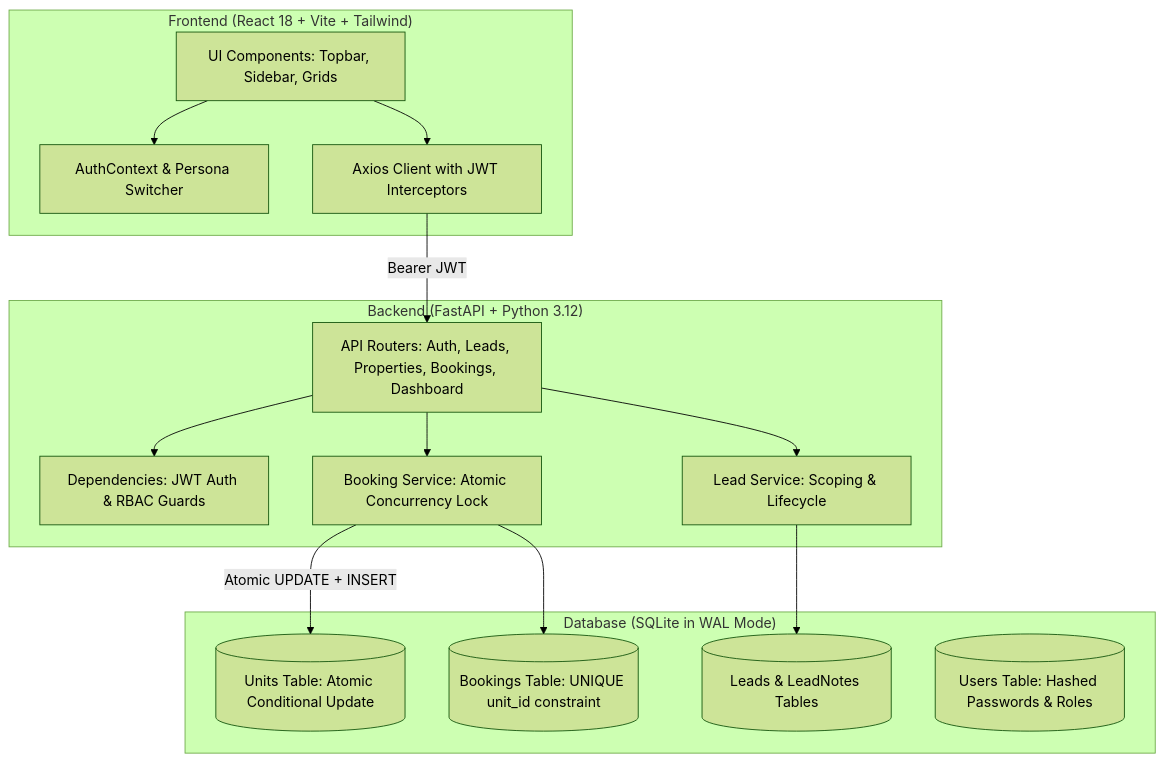
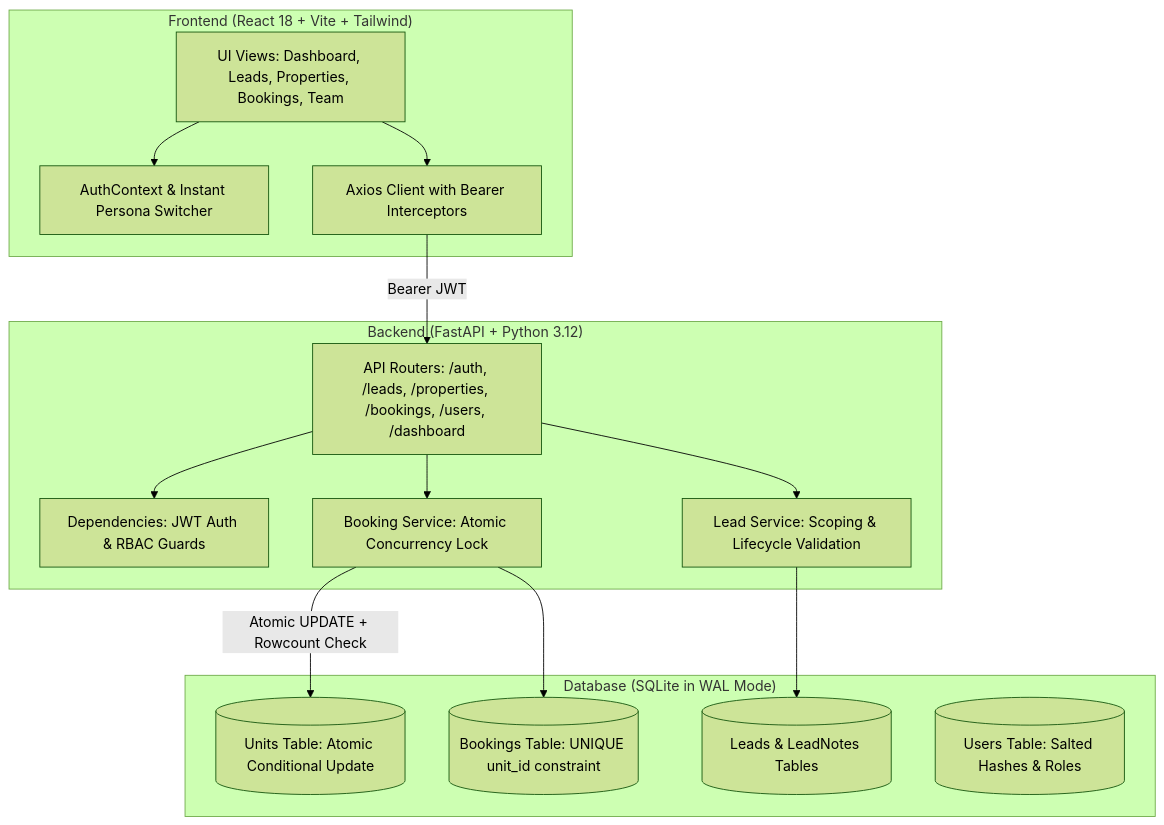
Before and after one commit to Yogesh-kk49/Real_estate_CRM: the first of 2 diagrams in README.md, drawn with Mermaid (forest theme). The commit also changed other lines of this file, not shown here.

Commit message:
docs: comprehensive README depicting features, architecture, setup, and credentials

````diff
--- a/README.md
+++ b/README.md
@@ -58,32 +80,32 @@
 ```mermaid
 flowchart TD
     subgraph Client ["Frontend (React 18 + Vite + Tailwind)"]
-        UI[UI Components: Topbar, Sidebar, Grids]
-        AuthCtx[AuthContext & Persona Switcher]
-        APIClient[Axios Client with JWT Interceptors]
+        UI[UI Views: Dashboard, Leads, Properties, Bookings, Team]
+        AuthCtx[AuthContext & Instant Persona Switcher]
+        APIClient[Axios Client with Bearer Interceptors]
     end
 
     subgraph Server ["Backend (FastAPI + Python 3.12)"]
-        Router[API Routers: Auth, Leads, Properties, Bookings, Dashboard]
+        Router[API Routers: /auth, /leads, /properties, /bookings, /users, /dashboard]
         Dep[Dependencies: JWT Auth & RBAC Guards]
         BService[Booking Service: Atomic Concurrency Lock]
-        LService[Lead Service: Scoping & Lifecycle]
+        LService[Lead Service: Scoping & Lifecycle Validation]
     end
 
     subgraph DB ["Database (SQLite in WAL Mode)"]
         UnitsTbl[(Units Table: Atomic Conditional Update)]
         BookingsTbl[(Bookings Table: UNIQUE unit_id constraint)]
         LeadsTbl[(Leads & LeadNotes Tables)]
-        UsersTbl[(Users Table: Hashed Passwords & Roles)]
+        UsersTbl[(Users Table: Salted Hashes & Roles)]
     end
 
     UI --> AuthCtx
     UI --> APIClient
     APIClient -->|Bearer JWT| Router
     Router --> Dep
     Router --> BService
     Router --> LService
-    BService -->|Atomic UPDATE + INSERT| UnitsTbl
+    BService -->|Atomic UPDATE + Rowcount Check| UnitsTbl
     BService --> BookingsTbl
     LService --> LeadsTbl
 ```
````
